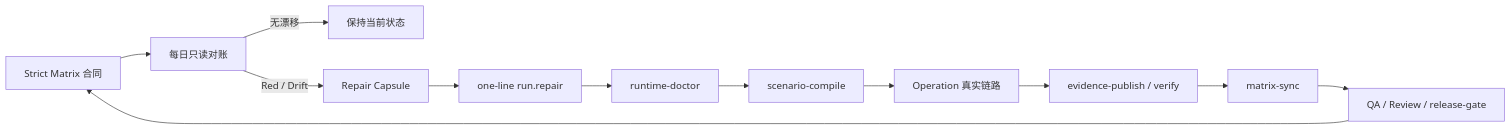
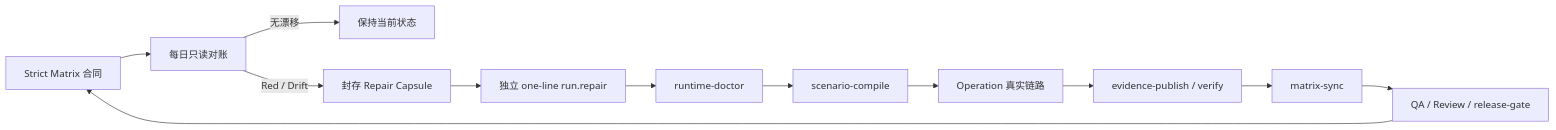
Before and after one commit to zxs1633079383/helix: the diagram in crates/helix-im/docs/Strict Matrix/one-line与每日对账闭环.md, drawn with Mermaid. The commit also changed other lines of this file, not shown here.

Commit message:
feat: one-line 与每日对账闭环

````diff
--- a/crates/helix-im/docs/Strict Matrix/one-line与每日对账闭环.md
+++ b/crates/helix-im/docs/Strict Matrix/one-line与每日对账闭环.md
@@ -37,14 +37,14 @@
 ```mermaid
 flowchart LR
   A["Strict Matrix 合同"] --> B["每日只读对账"]
   B -->|"无漂移"| C["保持当前状态"]
-  B -->|"Red / Drift"| D["Repair Capsule"]
-  D --> E["one-line run.repair"]
+  B -->|"Red / Drift"| D["封存 Repair Capsule"]
+  D --> E["独立 one-line run.repair"]
   E --> F["runtime-doctor"]
   F --> G["scenario-compile"]
   G --> H["Operation 真实链路"]
   H --> I["evidence-publish / verify"]
   I --> J["matrix-sync"]
   J --> K["QA / Review / release-gate"]
   K --> A
 ```
````
